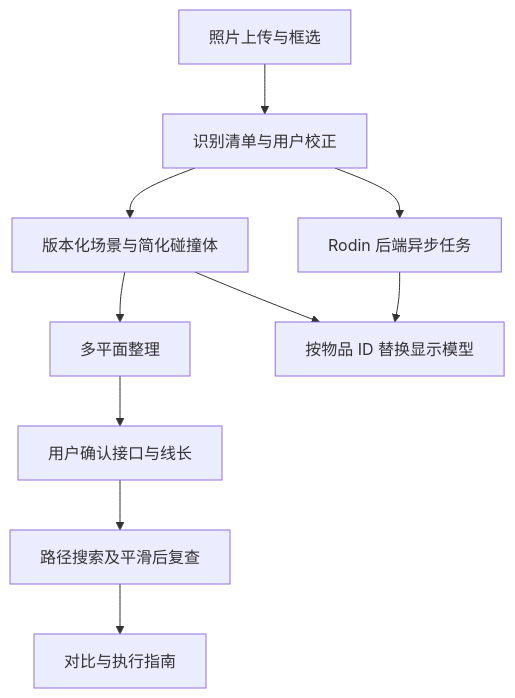
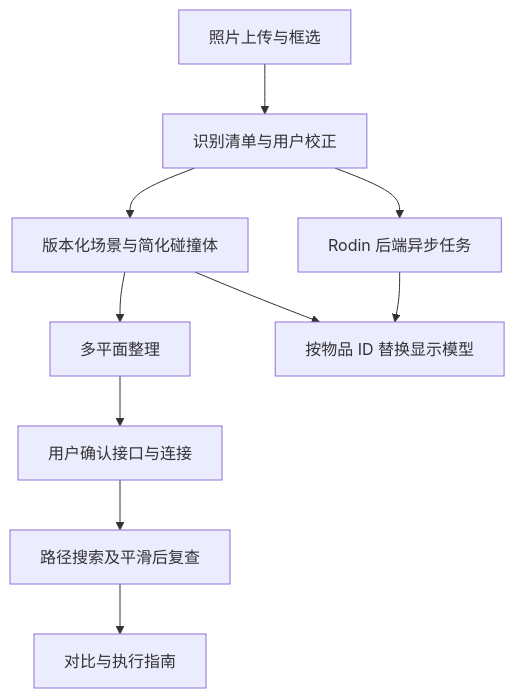
Before and after one commit to Techathon-fufu/DormTopology: the first of 2 diagrams in docs/implementation_roadmap.md, drawn with Mermaid. The commit also changed other lines of this file and 88 other files, not shown here.

````diff
--- a/docs/implementation_roadmap.md
+++ b/docs/implementation_roadmap.md
@@ -31,12 +31,12 @@
 ```mermaid
 flowchart TD
     A[照片上传与框选] --> B[识别清单与用户校正]
     B --> C[版本化场景与简化碰撞体]
     B --> D[Rodin 后端异步任务]
     C --> E[多平面整理]
-    E --> F[用户确认接口与线长]
+    E --> F[用户确认接口与连接]
     F --> G[路径搜索及平滑后复查]
     G --> H[对比与执行指南]
     D --> I[按物品 ID 替换显示模型]
     C --> I
 ```
````
